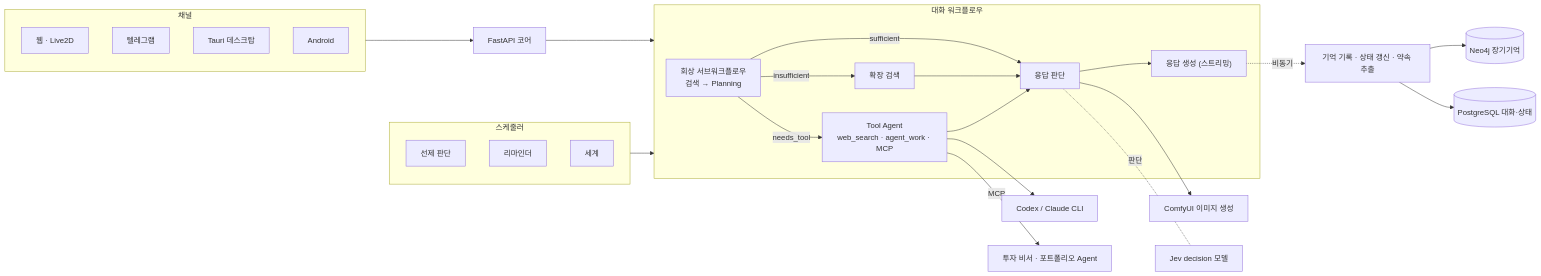
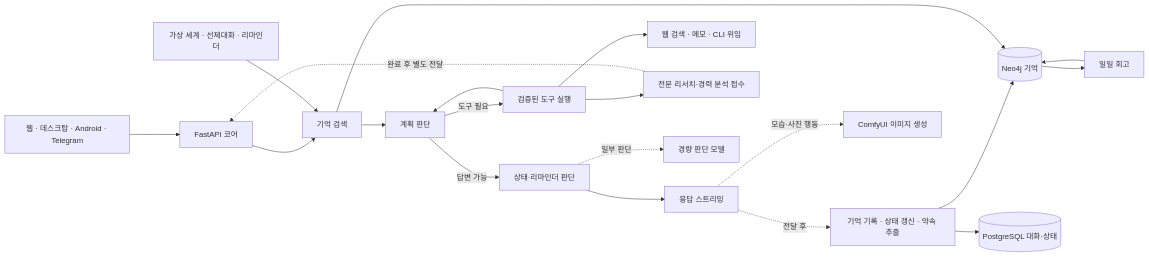
The diagram in _projects/ai-companion-agent.md (gusalsdmlwlq/gusalsdmlwlq.github.io), drawn with Mermaid before and after one commit. The commit also changed other lines of this file and 6 other files, not shown here.

````diff
--- a/_projects/ai-companion-agent.md
+++ b/_projects/ai-companion-agent.md
@@ -77,32 +57,22 @@
 ```mermaid
 flowchart LR
-  subgraph CH["채널"]
-    WEB["웹 · Live2D"]
-    TG["텔레그램"]
-    DT["Tauri 데스크탑"]
-    AND["Android"]
-  end
-  subgraph CONV["대화 워크플로우"]
-    RC["회상 서브워크플로우<br/>검색 → Planning"] -->|sufficient| RD["응답 판단"]
-    RC -->|insufficient| EXP["확장 검색"]
-    RC -->|needs_tool| TOOL["Tool Agent<br/>web_search · agent_work · MCP"]
-    EXP --> RD
-    TOOL --> RD
-    RD --> RT["응답 생성 (스트리밍)"]
-  end
-  subgraph SCH["스케줄러"]
-    PRO["선제 판단"]
-    REM["리마인더"]
-    WLD["세계"]
-  end
-  CH --> CORE["FastAPI 코어"]
-  CORE --> CONV
-  SCH --> CONV
-  RT -. 비동기 .-> POST["기억 기록 · 상태 갱신 · 약속 추출"]
-  POST --> NEO[("Neo4j 장기기억")]
+  CH["웹 · 데스크탑 · Android · Telegram"] --> CORE["FastAPI 코어"]
+  CORE --> RECALL["기억 검색"]
+  RECALL --> PLAN["계획 판단"]
+  PLAN -->|도구 필요| TOOL["검증된 도구 실행"]
+  TOOL --> PLAN
+  PLAN -->|답변 가능| DECIDE["상태·리마인더 판단"]
+  DECIDE --> TEXT["응답 스트리밍"]
+  TOOL --> EXT["웹 검색 · 메모 · CLI 위임"]
+  TOOL --> JOB["전문 리서치·경력 분석 접수"]
+  JOB -. 완료 후 별도 전달 .-> CORE
+  WORLD["가상 세계 · 선제대화 · 리마인더"] --> RECALL
+  DECIDE -. 일부 판단 .-> JEV["경량 판단 모델"]
+  TEXT -. 전달 후 .-> POST["기억 기록 · 상태 갱신 · 약속 추출"]
+  TEXT -. 모습·사진 행동 .-> IMG["ComfyUI 이미지 생성"]
+  POST --> NEO[("Neo4j 기억")]
   POST --> PG[("PostgreSQL 대화·상태")]
-  RD --> IMG["ComfyUI 이미지 생성"]
-  TOOL --> CLI["Codex / Claude CLI"]
-  RD -. 판단 .- JEV["Jev decision 모델"]
-  TOOL -->|MCP| AG["투자 비서 · 포트폴리오 Agent"]
+  RECALL --> NEO
+  REFLECT["일일 회고"] --> NEO
+  NEO --> REFLECT
 ```
````
